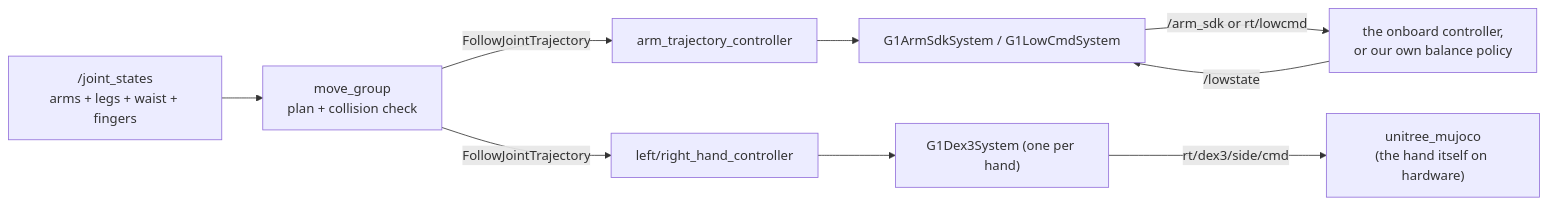
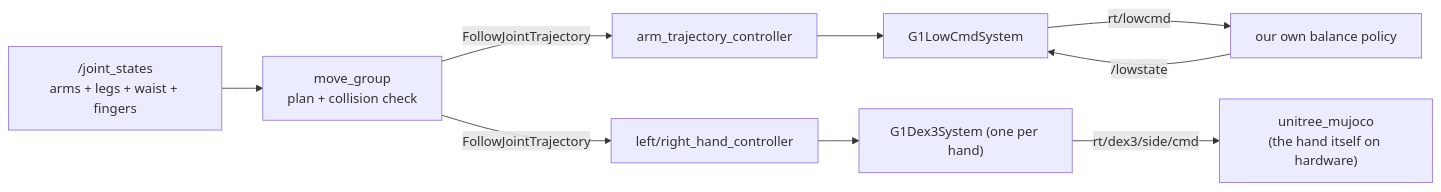
The diagram in workspace/src/g1_moveit_config/README.md (Adyansh04/grove-g1), drawn with Mermaid before and after one commit. The commit also changed other lines of this file and 10 other files, not shown here.

````diff
--- a/workspace/src/g1_moveit_config/README.md
+++ b/workspace/src/g1_moveit_config/README.md
@@ -8,11 +8,11 @@
 ```mermaid
 flowchart LR
     MG["move_group<br/>plan + collision check"] -- "FollowJointTrajectory" --> JTC["arm_trajectory_controller"]
     MG -- "FollowJointTrajectory" --> HC["left/right_hand_controller"]
-    JTC --> HW["G1ArmSdkSystem&nbsp;/&nbsp;G1LowCmdSystem"]
+    JTC --> HW["G1LowCmdSystem"]
     HC --> HH["G1Dex3System (one per hand)"]
-    HW -- "/arm_sdk or rt/lowcmd" --> MS["the onboard controller,<br/>or our own balance policy"]
+    HW -- "rt/lowcmd" --> MS["our own balance policy"]
     HH -- "rt/dex3/side/cmd" --> SIM["unitree_mujoco<br/>(the hand itself on hardware)"]
     MS -- "/lowstate" --> HW
     JS["/joint_states<br/>arms + legs + waist + fingers"] --> MG
 ```
````
